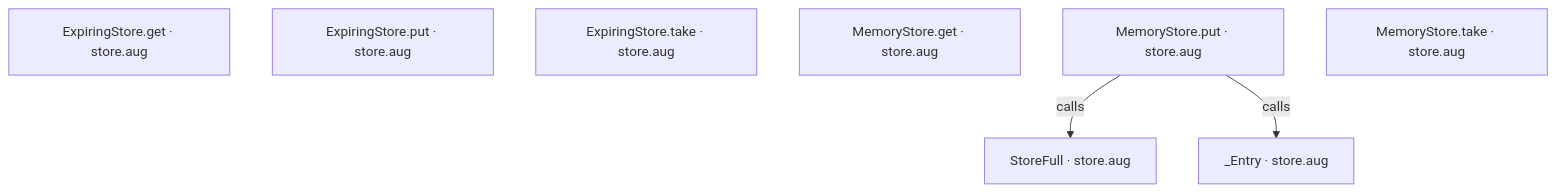
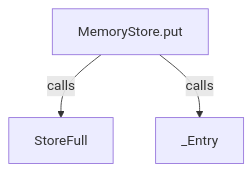
One commit to GreenPandaStudios/augscript changed the second of 6 diagrams in src/stdlib/memory/store.aug.diagrams.md. Above: the diagram before and after it, drawn with Mermaid. The commit also changed other lines of this file and 524 other files, not shown here.

Commit message:
Explain checked data flow at folder and service levels

````diff
--- a/src/stdlib/memory/store.aug.diagrams.md
+++ b/src/stdlib/memory/store.aug.diagrams.md
@@ -22,13 +21,8 @@
 ```mermaid
 flowchart TD
-    n0["ExpiringStore.get · store.aug"]
-    n1["ExpiringStore.put · store.aug"]
-    n2["ExpiringStore.take · store.aug"]
-    n3["MemoryStore.get · store.aug"]
-    n4["MemoryStore.put · store.aug"]
-    n5["MemoryStore.take · store.aug"]
-    n6["StoreFull · store.aug"]
-    n7["_Entry · store.aug"]
-    n4 -->|"calls"| n6
-    n4 -->|"calls"| n7
+    n0["MemoryStore.put"]
+    n1["StoreFull"]
+    n2["_Entry"]
+    n0 -->|"calls"| n1
+    n0 -->|"calls"| n2
 ```
````
